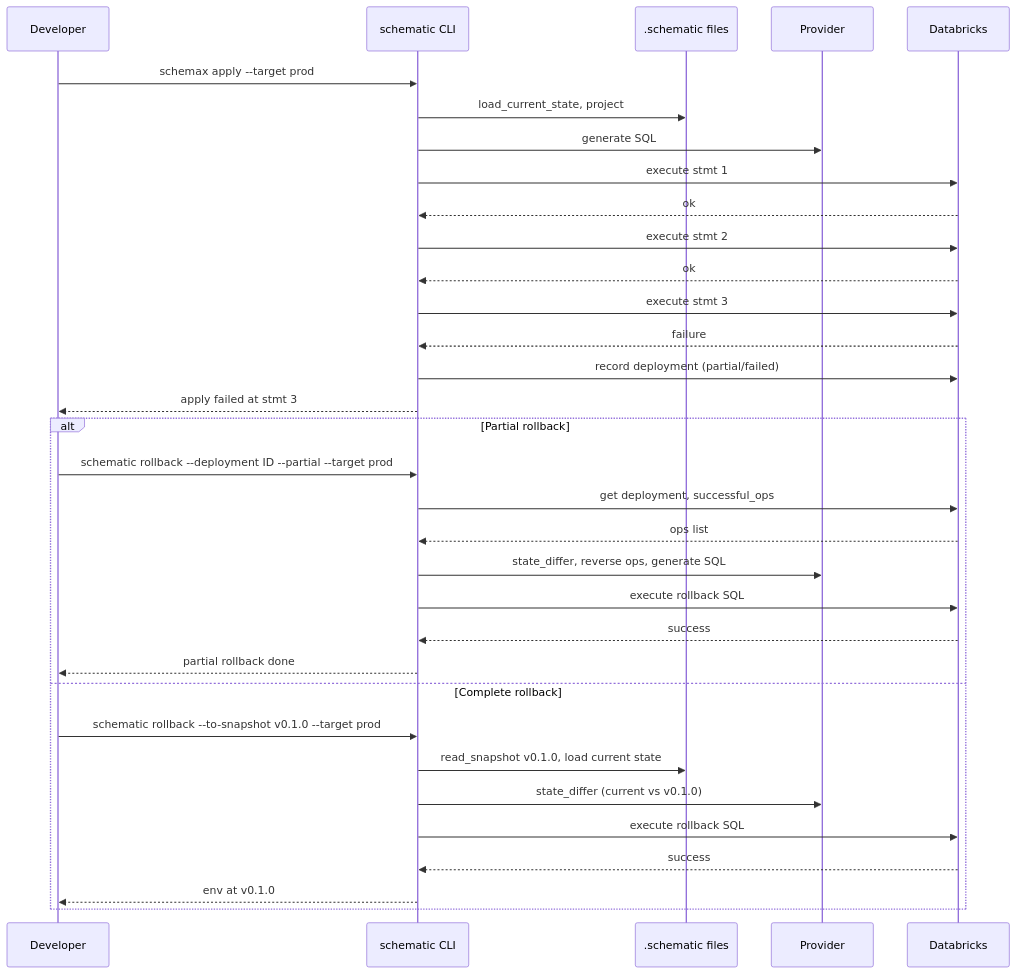
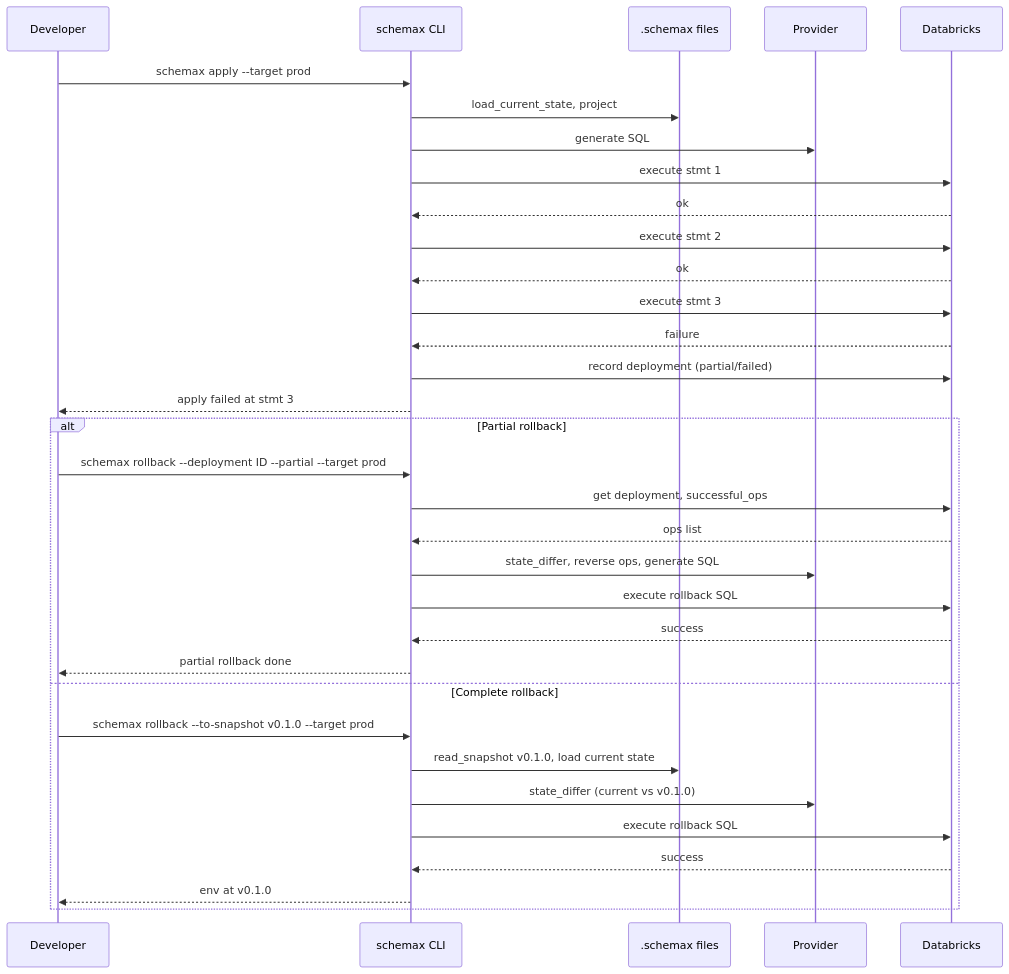
Before and after one commit to vb-dbrks/schemax: the fourth of 6 diagrams in docs/WORKFLOWS.md, drawn with Mermaid. The commit also changed other lines of this file and 41 other files, not shown here.

````diff
--- a/docs/WORKFLOWS.md
+++ b/docs/WORKFLOWS.md
@@ -231,37 +231,37 @@
 ```mermaid
 sequenceDiagram
   participant Dev as Developer
-  participant CLI as schematic CLI
-  participant Storage as .schematic files
+  participant CLI as schemax CLI
+  participant Storage as .schemax files
   participant Provider as Provider
   participant DB as Databricks
 
   Dev->>CLI: schemax apply --target prod
   CLI->>Storage: load_current_state, project
   CLI->>Provider: generate SQL
   CLI->>DB: execute stmt 1
   DB-->>CLI: ok
   CLI->>DB: execute stmt 2
   DB-->>CLI: ok
   CLI->>DB: execute stmt 3
   DB-->>CLI: failure
   CLI->>DB: record deployment (partial/failed)
   CLI-->>Dev: apply failed at stmt 3
 
   alt Partial rollback
-    Dev->>CLI: schematic rollback --deployment ID --partial --target prod
+    Dev->>CLI: schemax rollback --deployment ID --partial --target prod
     CLI->>DB: get deployment, successful_ops
     DB-->>CLI: ops list
     CLI->>Provider: state_differ, reverse ops, generate SQL
     CLI->>DB: execute rollback SQL
     DB-->>CLI: success
     CLI-->>Dev: partial rollback done
   else Complete rollback
-    Dev->>CLI: schematic rollback --to-snapshot v0.1.0 --target prod
+    Dev->>CLI: schemax rollback --to-snapshot v0.1.0 --target prod
     CLI->>Storage: read_snapshot v0.1.0, load current state
     CLI->>Provider: state_differ (current vs v0.1.0)
     CLI->>DB: execute rollback SQL
     DB-->>CLI: success
     CLI-->>Dev: env at v0.1.0
   end
 ```
````
